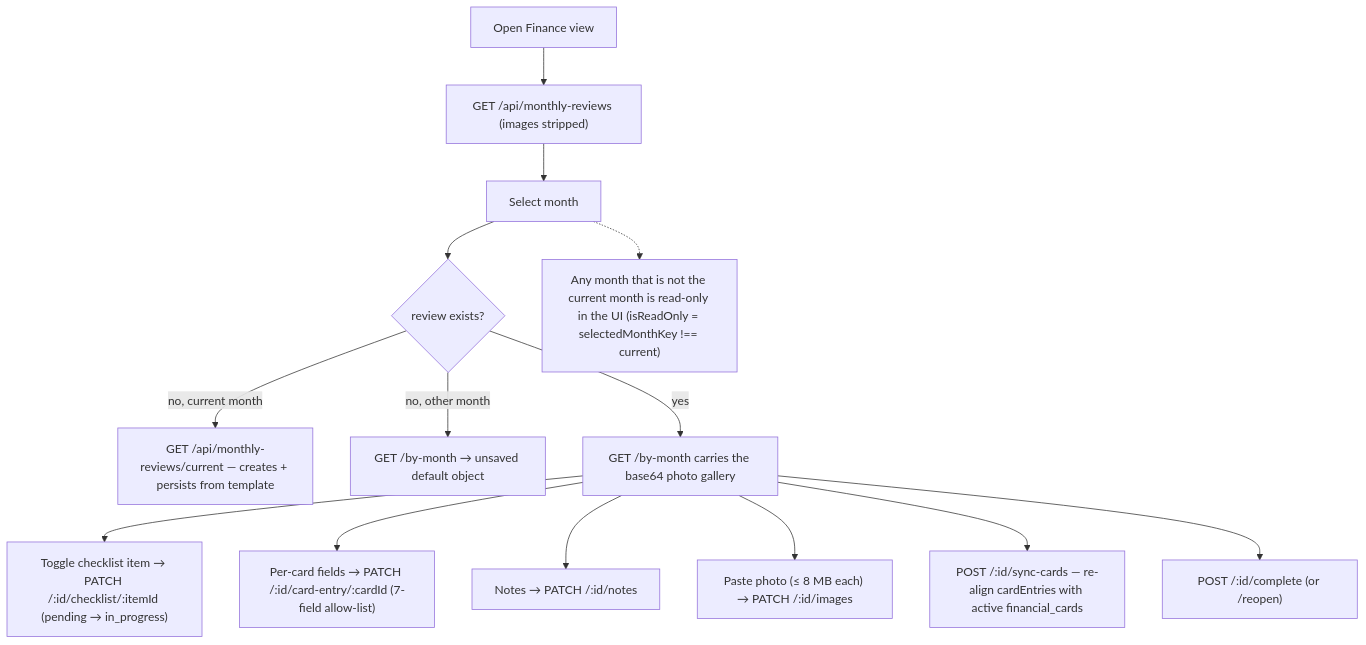
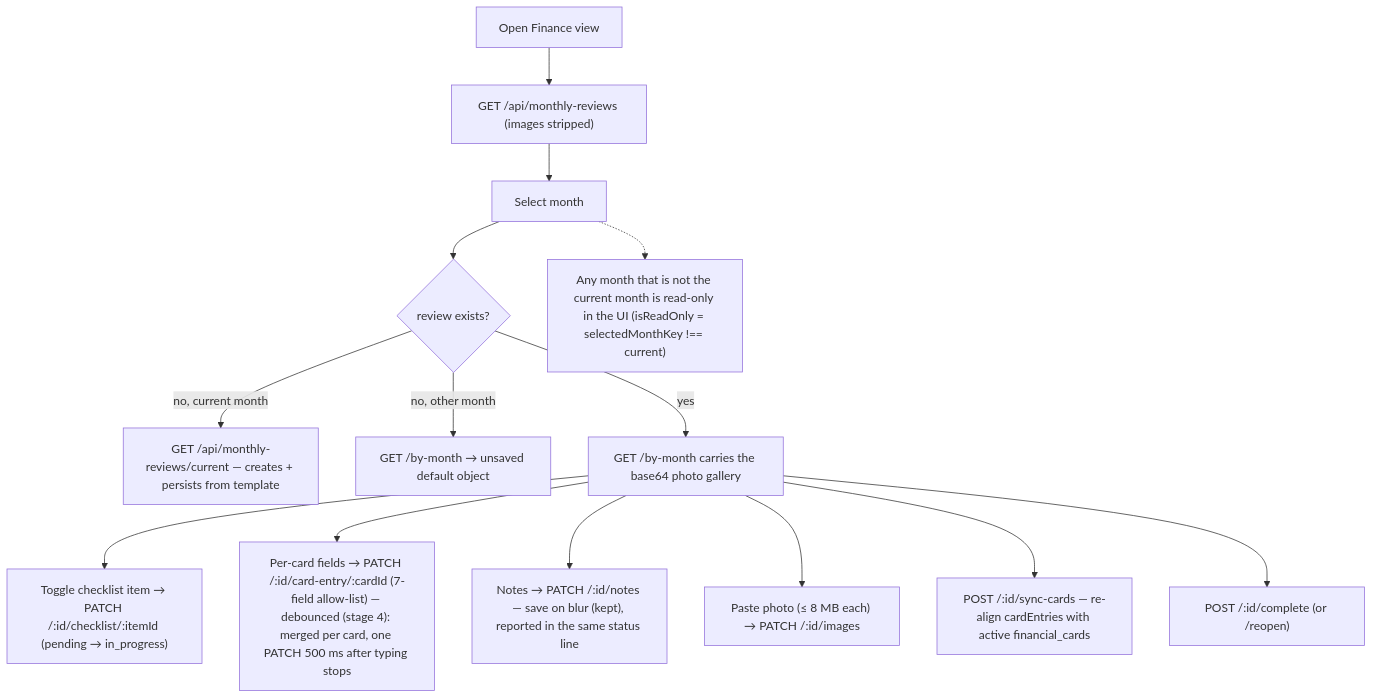
Before and after one commit to lung123w/dayframe: the sixth of 7 diagrams in .dev_context/ARCHITECTURE.md, drawn with Mermaid. The commit also changed other lines of this file and 2 other files, not shown here.

First line of the commit message:
docs(dev-context): record the stage-4 dialogs, save status and both week labels (Rule B)

````diff
--- a/.dev_context/ARCHITECTURE.md
+++ b/.dev_context/ARCHITECTURE.md
@@ -180,16 +201,16 @@
 ```mermaid
 flowchart TD
     Open["Open Finance view"] --> List["GET /api/monthly-reviews (images stripped)"]
     List --> Cur["Select month"]
     Cur --> Gen{"review exists?"}
     Gen -->|no, current month| CreateCurrent["GET /api/monthly-reviews/current — creates + persists from template"]
     Gen -->|no, other month| Default["GET /by-month → unsaved default object"]
     Gen -->|yes| Detail["GET /by-month carries the base64 photo gallery"]
     Detail --> Check["Toggle checklist item → PATCH /:id/checklist/:itemId (pending → in_progress)"]
-    Detail --> Card["Per-card fields → PATCH /:id/card-entry/:cardId (7-field allow-list)"]
-    Detail --> Notes["Notes → PATCH /:id/notes"]
+    Detail --> Card["Per-card fields → PATCH /:id/card-entry/:cardId (7-field allow-list) — debounced (stage 4): merged per card, one PATCH 500 ms after typing stops"]
+    Detail --> Notes["Notes → PATCH /:id/notes — save on blur (kept), reported in the same status line"]
     Detail --> Photo["Paste photo (≤ 8 MB each) → PATCH /:id/images"]
     Detail --> Sync["POST /:id/sync-cards — re-align cardEntries with active financial_cards"]
     Detail --> Done2["POST /:id/complete (or /reopen)"]
     Cur -.-> RO["Any month that is not the current month is read-only in the UI (isReadOnly = selectedMonthKey !== current)"]
 ```
````
